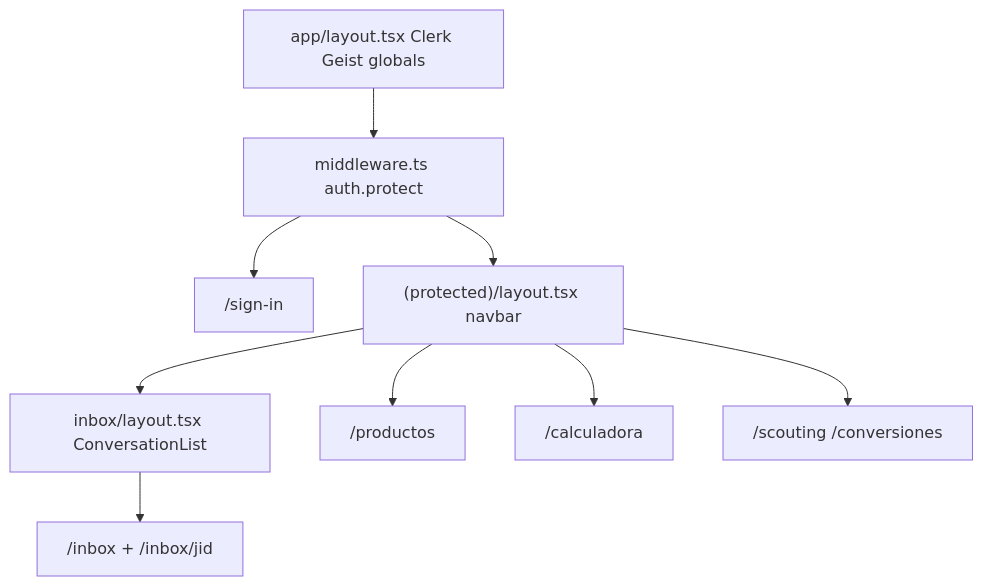
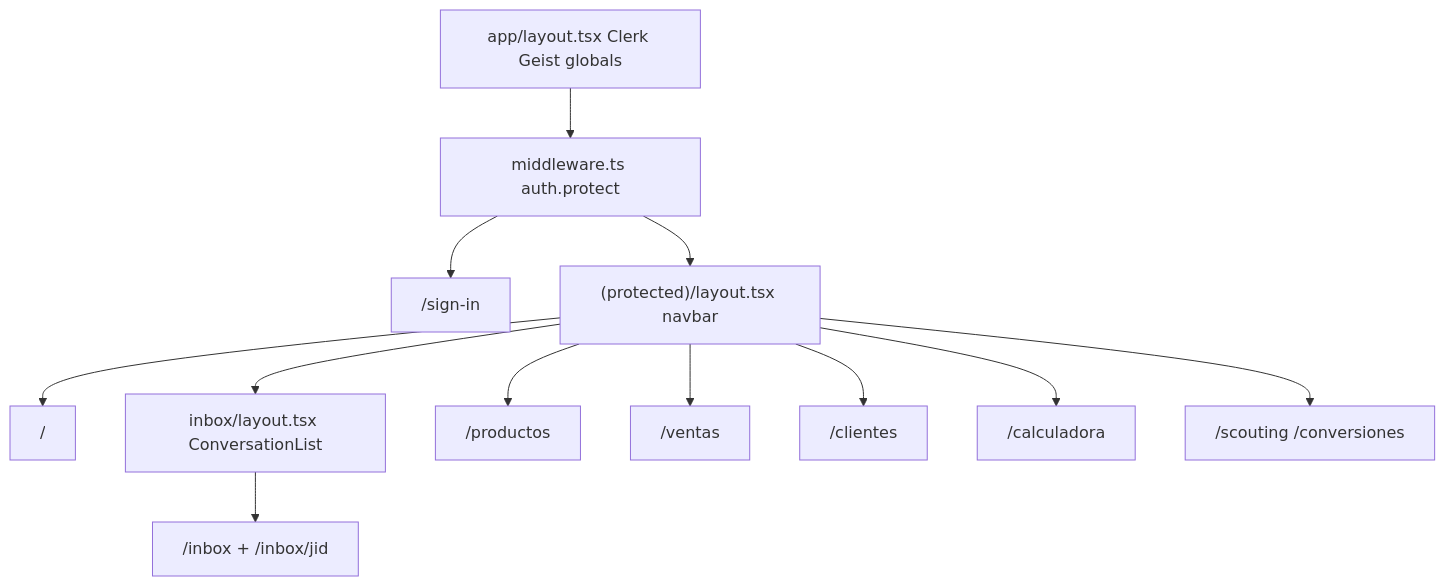
One commit to MigueloDev/fastseller_dashboard changed the diagram in PROJECT.md. Above: the diagram before and after it, drawn with Mermaid. The commit also changed other lines of this file and 16 other files, not shown here.

````diff
--- a/PROJECT.md
+++ b/PROJECT.md
@@ -102,20 +111,26 @@
 ```mermaid
 flowchart TD
   root[app/layout.tsx Clerk Geist globals]
   mw[middleware.ts auth.protect]
   pub["/sign-in"]
   shell["(protected)/layout.tsx navbar"]
+  home["/"]
   inboxLayout["inbox/layout.tsx ConversationList"]
   inbox["/inbox + /inbox/jid"]
   productos["/productos"]
+  ventas["/ventas"]
+  clientes["/clientes"]
   calc["/calculadora"]
   stubs["/scouting /conversiones"]
 
   mw --> pub
   mw --> shell
   root --> mw
+  shell --> home
   shell --> inboxLayout --> inbox
   shell --> productos
+  shell --> ventas
+  shell --> clientes
   shell --> calc
   shell --> stubs
 ```
````
